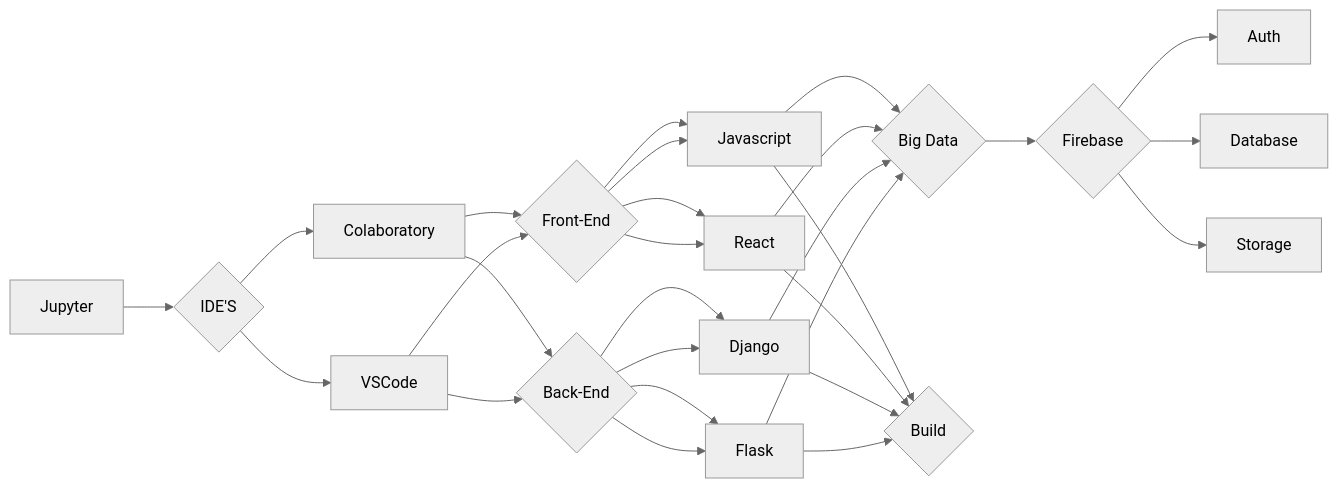
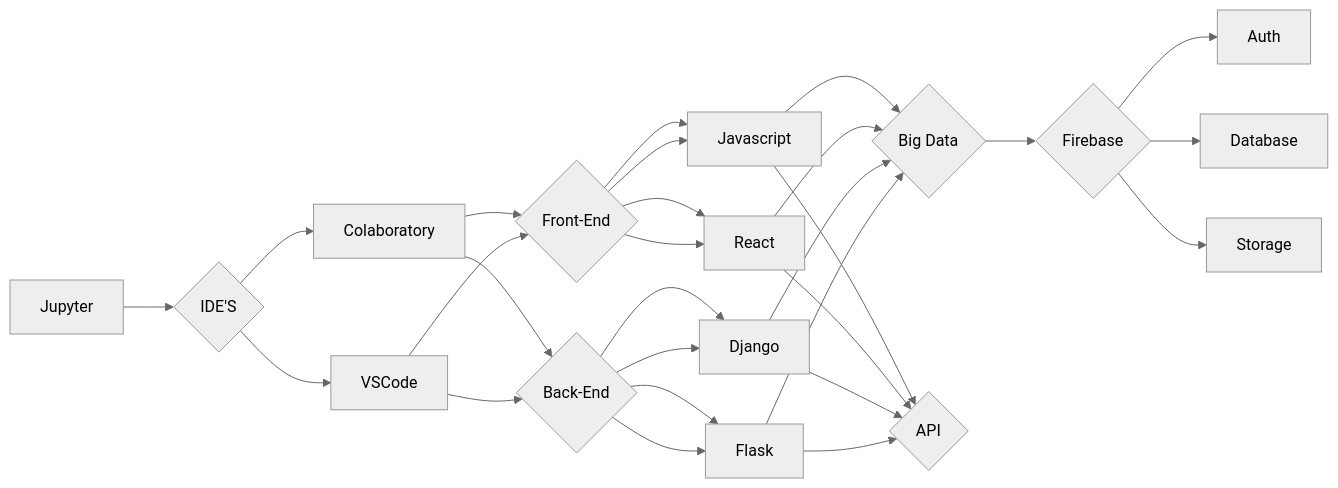
The first of 2 diagrams in README.md (SauloCandeira/SauloCandeira), drawn with Mermaid (neutral theme) before and after one commit.

````diff
--- a/README.md
+++ b/README.md
@@ -61,35 +61,35 @@
 ```mermaid
 flowchart LR
 
 M[Jupyter] --> Z{IDE'S} 
 
 Z{IDE'S} --> K[Colaboratory]
 Z  --> L
 
 K[Colaboratory] --> A{Front-End} 
 K --> B{Back-End}
 L[VSCode] --> A{Front-End} 
 L --> B{Back-End}
 
 A{Front-End} --> I[Javascript] --> N{Big Data}
 A{Front-End} --> J[React] --> N{Big Data}
 
 B{Back-End} --> G[Django] --> N{Big Data}
 B{Back-End} --> H[Flask] --> N{Big Data}
 
 A{Front-End} --> I[Javascript] --> O{Build}
 A{Front-End} --> J[React] --> O{Build}
 
 B{Back-End} --> G[Django] --> O{Build}
 B{Back-End} --> H[Flask] --> O{Build}
 
-O{Build} 
+O{API} 
 
 
 N{Big Data} --> C{Firebase}
 
 
 C --> D[Auth]
 C --> E[Database]
 C --> F[Storage]
 ```
````
